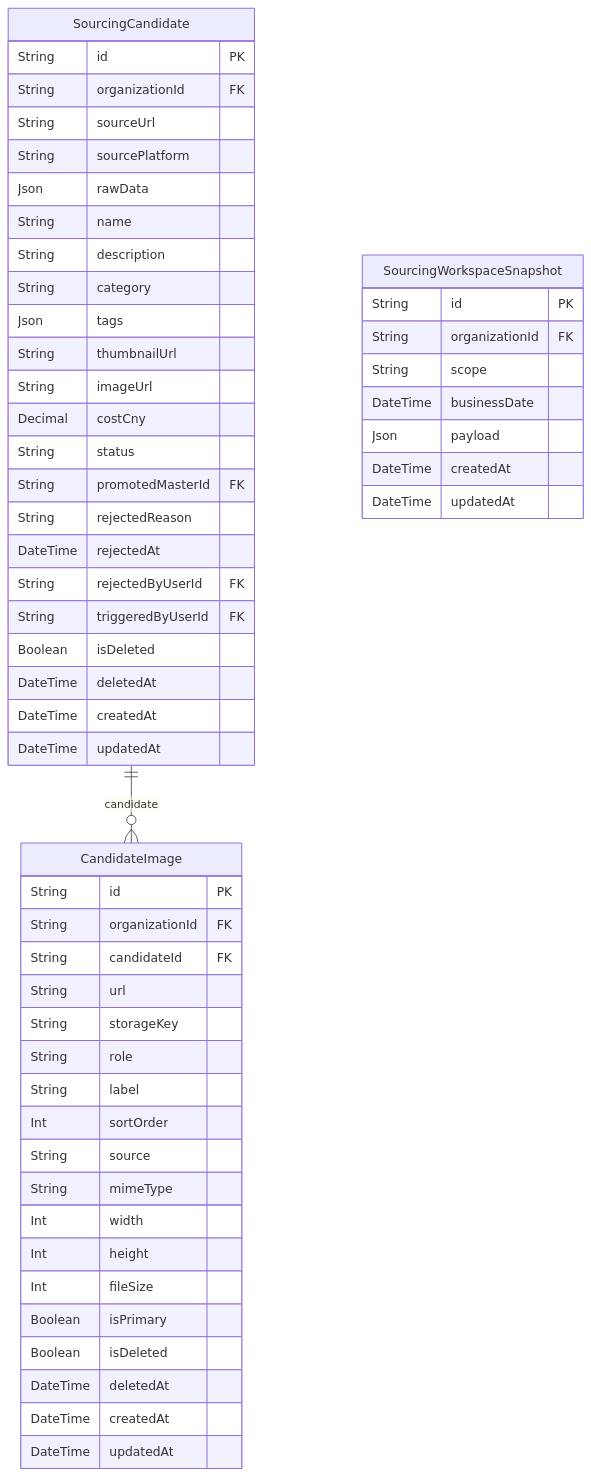
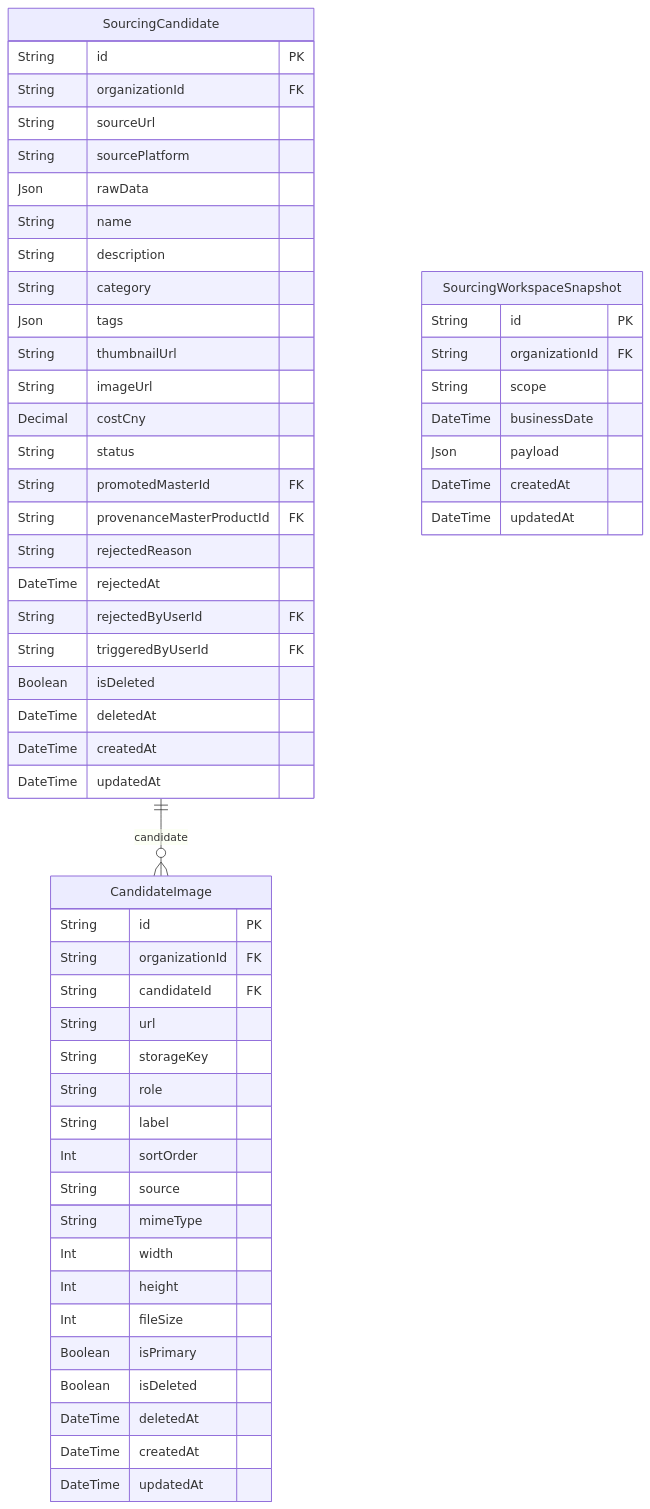
One commit to AgentFoundry-Labs/kiditem changed the diagram in docs/erd/sourcing.md. Above: the diagram before and after it, drawn with Mermaid. The commit also changed other lines of this file and 55 other files, not shown here.

````diff
--- a/docs/erd/sourcing.md
+++ b/docs/erd/sourcing.md
@@ -18,57 +18,58 @@
 ```mermaid
 erDiagram
   CandidateImage {
     String id PK
     String organizationId FK
     String candidateId FK
     String url
     String storageKey
     String role
     String label
     Int sortOrder
     String source
     String mimeType
     Int width
     Int height
     Int fileSize
     Boolean isPrimary
     Boolean isDeleted
     DateTime deletedAt
     DateTime createdAt
     DateTime updatedAt
   }
   SourcingCandidate {
     String id PK
     String organizationId FK
     String sourceUrl
     String sourcePlatform
     Json rawData
     String name
     String description
     String category
     Json tags
     String thumbnailUrl
     String imageUrl
     Decimal costCny
     String status
     String promotedMasterId FK
+    String provenanceMasterProductId FK
     String rejectedReason
     DateTime rejectedAt
     String rejectedByUserId FK
     String triggeredByUserId FK
     Boolean isDeleted
     DateTime deletedAt
     DateTime createdAt
     DateTime updatedAt
   }
   SourcingWorkspaceSnapshot {
     String id PK
     String organizationId FK
     String scope
     DateTime businessDate
     Json payload
     DateTime createdAt
     DateTime updatedAt
   }
   SourcingCandidate ||--o{ CandidateImage : "candidate"
 ```
````
